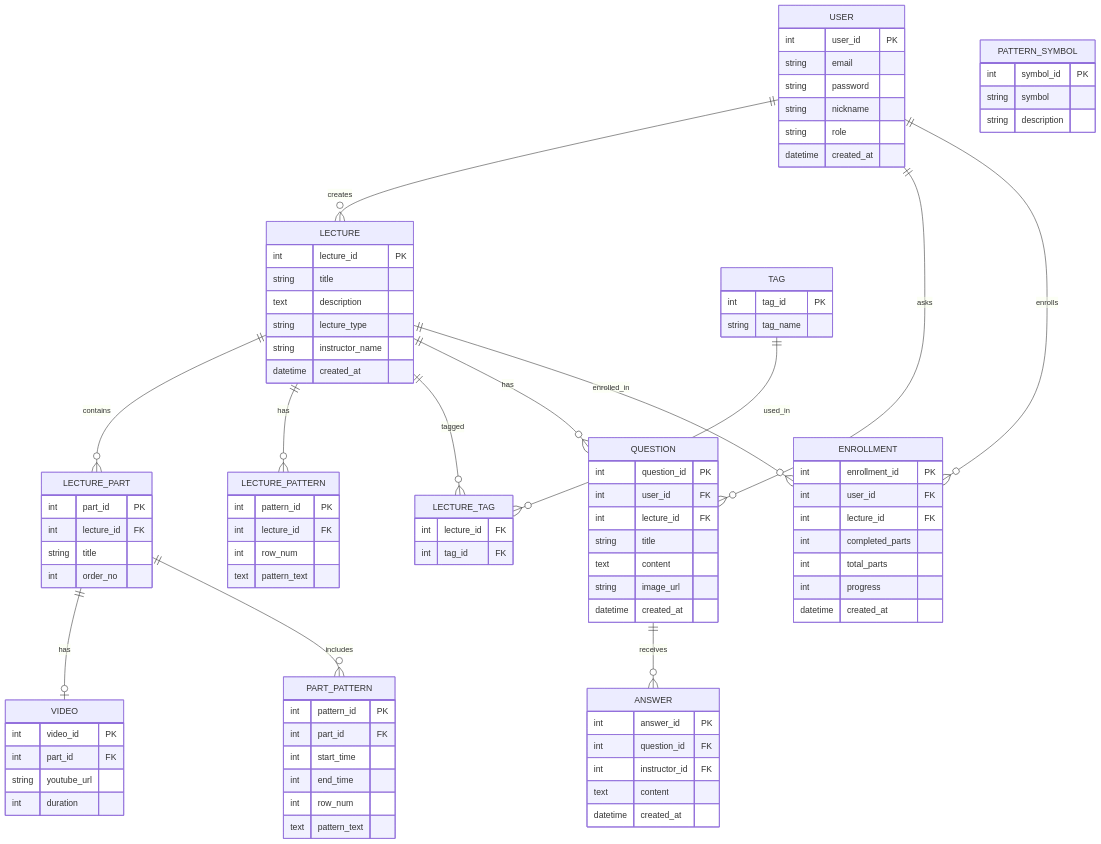
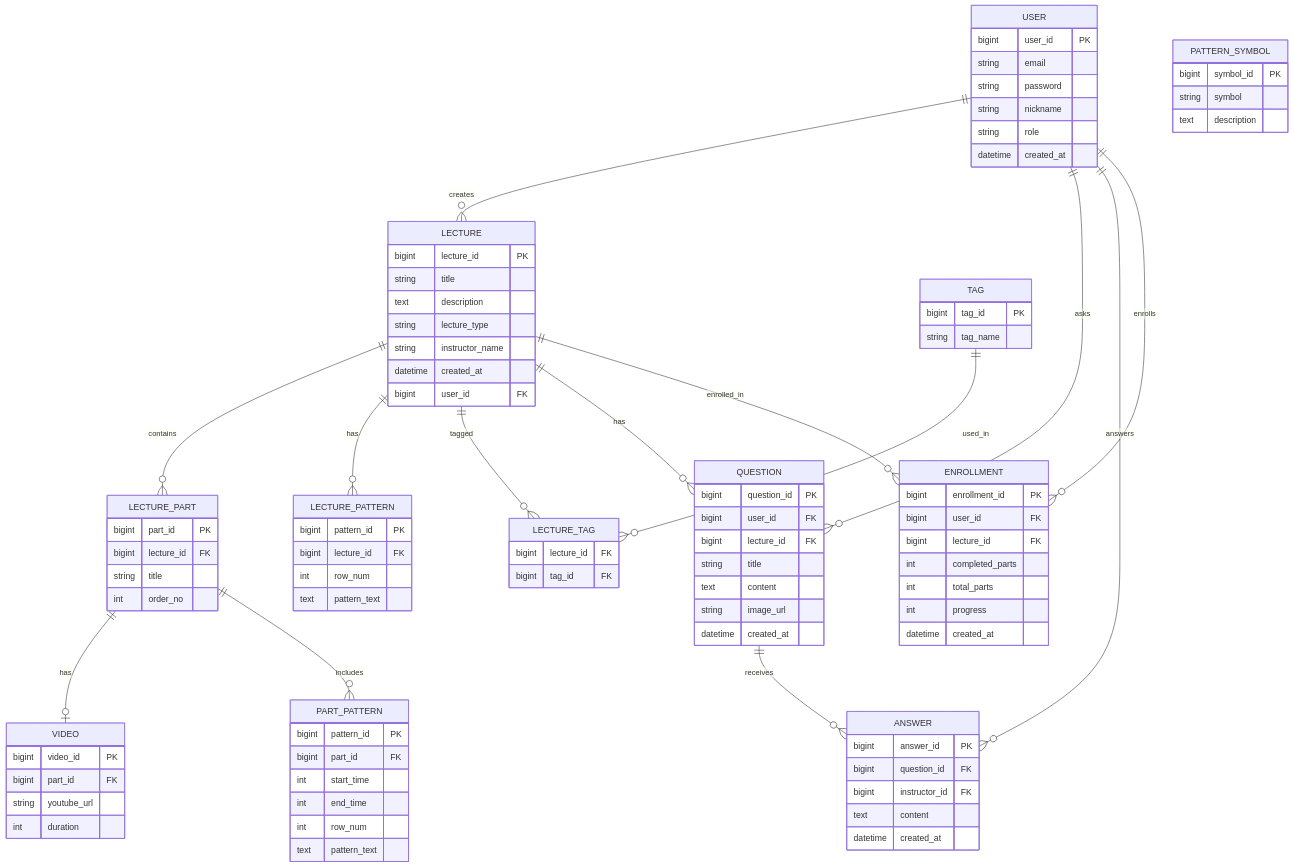
Before and after one commit to 1802jiwoo/knitting-course-platform: the diagram in docs/p1/ERD.mmd, drawn with Mermaid. The commit also changed 4 other files, not shown here.

```diff
--- a/docs/p1/ERD.mmd
+++ b/docs/p1/ERD.mmd
@@ -1,109 +1,111 @@
 erDiagram
 
 USER {
-    int user_id PK
+    bigint user_id PK
     string email
     string password
     string nickname
     string role
     datetime created_at
 }
 
 LECTURE {
-    int lecture_id PK
+    bigint lecture_id PK
     string title
     text description
     string lecture_type
     string instructor_name
     datetime created_at
+    bigint user_id FK
 }
 
 LECTURE_PART {
-    int part_id PK
-    int lecture_id FK
+    bigint part_id PK
+    bigint lecture_id FK
     string title
     int order_no
 }
 
 VIDEO {
-    int video_id PK
-    int part_id FK
+    bigint video_id PK
+    bigint part_id FK
     string youtube_url
     int duration
 }
 
 LECTURE_PATTERN {
-    int pattern_id PK
-    int lecture_id FK
+    bigint pattern_id PK
+    bigint lecture_id FK
     int row_num
     text pattern_text
 }
 
 PART_PATTERN {
-    int pattern_id PK
-    int part_id FK
+    bigint pattern_id PK
+    bigint part_id FK
     int start_time
     int end_time
     int row_num
     text pattern_text
 }
 
 PATTERN_SYMBOL {
-    int symbol_id PK
+    bigint symbol_id PK
     string symbol
-    string description
+    text description
 }
 
 TAG {
-    int tag_id PK
+    bigint tag_id PK
     string tag_name
 }
 
 LECTURE_TAG {
-    int lecture_id FK
-    int tag_id FK
+    bigint lecture_id FK
+    bigint tag_id FK
 }
 
 QUESTION {
-    int question_id PK
-    int user_id FK
-    int lecture_id FK
+    bigint question_id PK
+    bigint user_id FK
+    bigint lecture_id FK
     string title
     text content
     string image_url
     datetime created_at
 }
 
 ANSWER {
-    int answer_id PK
-    int question_id FK
-    int instructor_id FK
+    bigint answer_id PK
+    bigint question_id FK
+    bigint instructor_id FK
     text content
     datetime created_at
 }
 
 ENROLLMENT {
-    int enrollment_id PK
-    int user_id FK
-    int lecture_id FK
+    bigint enrollment_id PK
+    bigint user_id FK
+    bigint lecture_id FK
     int completed_parts
     int total_parts
     int progress
     datetime created_at
 }
 
 USER ||--o{ LECTURE : creates
 LECTURE ||--o{ LECTURE_PART : contains
 LECTURE_PART ||--o| VIDEO : has
 LECTURE ||--o{ LECTURE_PATTERN : has
 LECTURE_PART ||--o{ PART_PATTERN : includes
 
 LECTURE ||--o{ LECTURE_TAG : tagged
 TAG ||--o{ LECTURE_TAG : used_in
 
 USER ||--o{ QUESTION : asks
 LECTURE ||--o{ QUESTION : has
 QUESTION ||--o{ ANSWER : receives
+USER ||--o{ ANSWER : answers
 
 USER ||--o{ ENROLLMENT : enrolls
 LECTURE ||--o{ ENROLLMENT : enrolled_in
```
